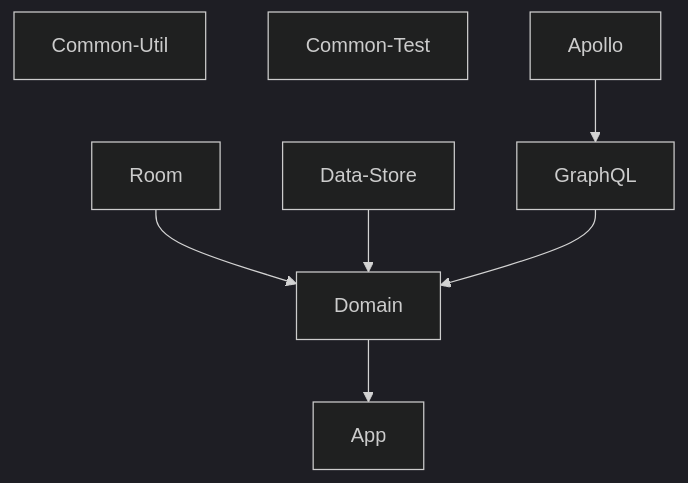
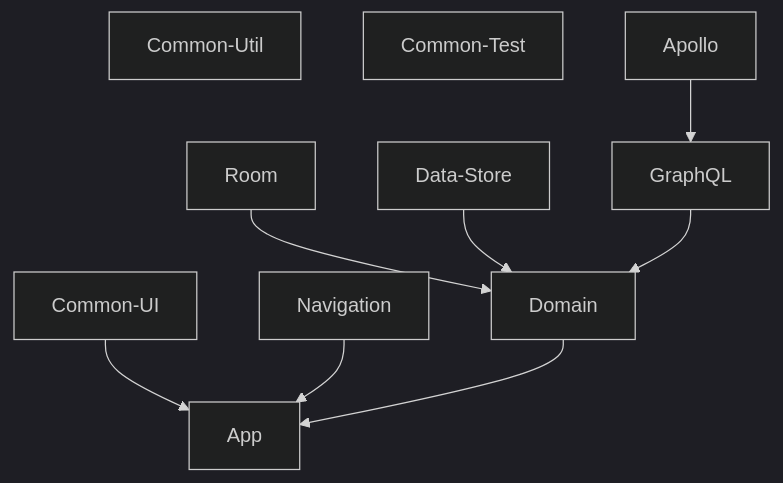
The diagram in README.md (vkondrav/rick_and_morty_compose), drawn with Mermaid (dark theme) before and after one commit.

Commit message:
Update README.md (#14)

````diff
--- a/README.md
+++ b/README.md
@@ -19,18 +19,30 @@
 ```mermaid
   graph TD;
       U[Common-Util]
       T[Common-Test]
-      L[Apollo]-->G[GraphQL]
-      R[Room]-->D[Domain];
-      S[Data-Store]-->D;
+      I[Common-UI]
+      L[Apollo]
+      G[GraphQL]
+      R[Room]
+      D[Domain]
+      S[Data-Store]
+      N[Navigation]
+      A[App]
+      L-->G;
+      R-->D;
+      S-->D;
       G-->D;
-      D-->A[App];
+      I-->A;
+      N-->A;
+      D-->A;
       click L "https://github.com/vkondrav/rick_and_morty_compose/tree/main/apollo" "Go to module"
       click G "https://github.com/vkondrav/rick_and_morty_compose/tree/main/graphql" "Go to module"
       click R "https://github.com/vkondrav/rick_and_morty_compose/tree/main/room" "Go to module"
       click S "https://github.com/vkondrav/rick_and_morty_compose/tree/main/data-store" "Go to module"
       click D "https://github.com/vkondrav/rick_and_morty_compose/tree/main/domain" "Go to module"
       click A "https://github.com/vkondrav/rick_and_morty_compose/tree/main/app" "Go to module"
       click U "https://github.com/vkondrav/rick_and_morty_compose/tree/main/common-util" "Go to module"
       click T "https://github.com/vkondrav/rick_and_morty_compose/tree/main/common-test" "Go to module"
+      click I "https://github.com/vkondrav/rick_and_morty_compose/tree/main/common-ui" "Go to module"
+      click N "https://github.com/vkondrav/rick_and_morty_compose/tree/main/navigation" "Go to module"
 ```
````
